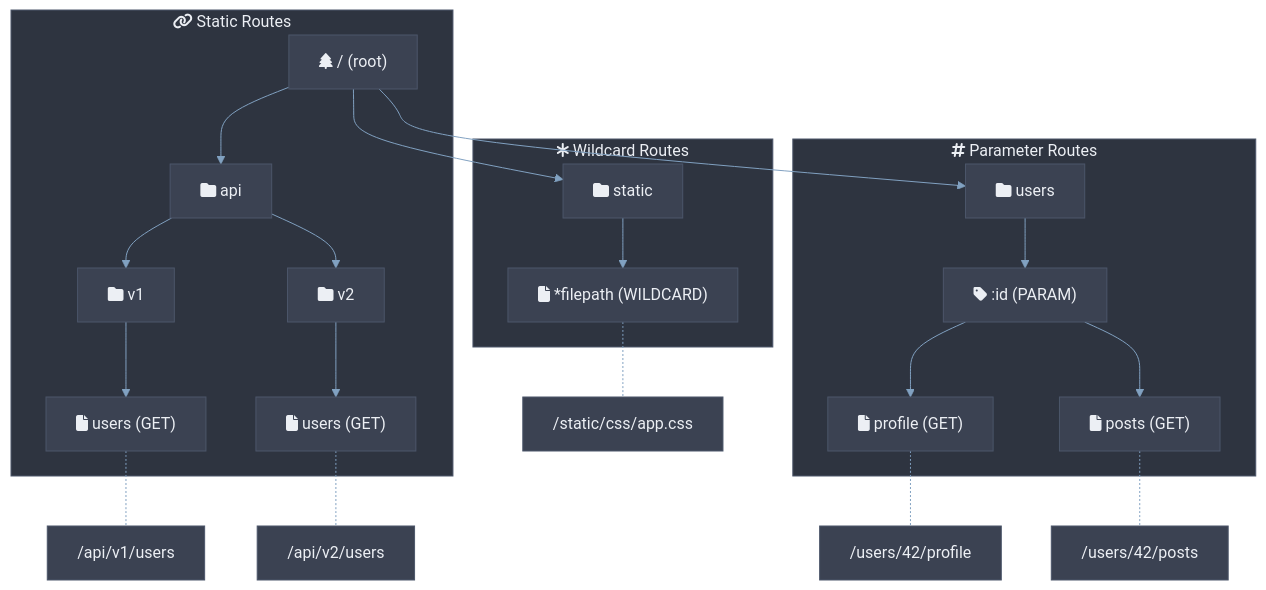
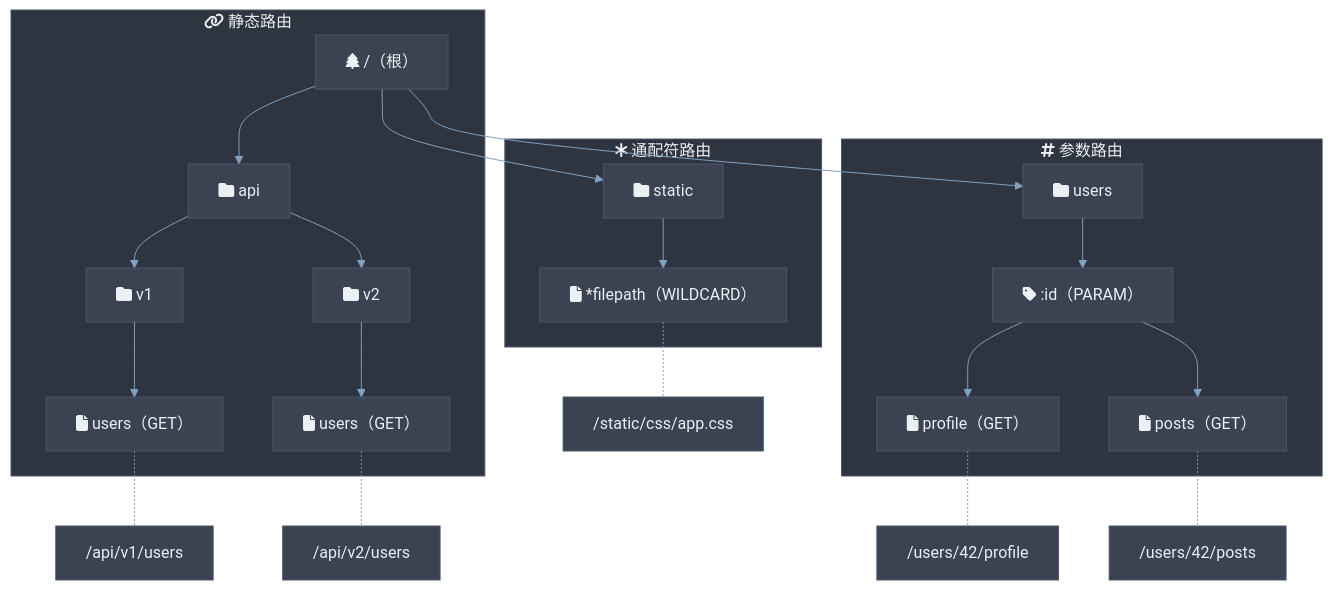
The fifth of 12 diagrams in docs/zh-CN/architecture.md (quintin-lee/csilk), drawn with Mermaid before and after one commit. The commit also changed other lines of this file and 1 other file, not shown here.

Commit message:
docs(zh-CN): 📝 refine Chinese translations for architecture and getting-started

````diff
--- a/docs/zh-CN/architecture.md
+++ b/docs/zh-CN/architecture.md
@@ -296,52 +306,52 @@
 ```mermaid
 %%{init: {
   'theme': 'base',
   'themeVariables': {
     'background': '#2E3440',
     'primaryColor': '#81A1C1',
     'primaryBorderColor': '#4C566A',
     'primaryTextColor': '#ECEFF4',
     'secondaryColor': '#3B4252',
     'secondaryBorderColor': '#434C5E',
     'secondaryTextColor': '#D8DEE9',
     'lineColor': '#81A1C1',
     'textColor': '#ECEFF4',
     'mainBkg': '#3B4252',
     'nodeBorder': '#4C566A',
     'clusterBkg': '#2E3440',
     'clusterBorder': '#4C566A',
     'titleColor': '#ECEFF4',
     'edgeLabelBackground': '#3B4252',
     'nodeTextColor': '#ECEFF4'
   },
   'flowchart': {'htmlLabels': true, 'curve': 'basis'}
 }}%%
 graph TB
-    ROOT["fa:fa-tree / (root)"]
+    ROOT["fa:fa-tree /（根）"]
 
-    subgraph static_routes["fa:fa-link Static Routes"]
+    subgraph static_routes["fa:fa-link 静态路由"]
         ROOT --> A["fa:fa-folder api"]
         A --> B["fa:fa-folder v1"]
-        B --> C["fa:fa-file users (GET)"]
+        B --> C["fa:fa-file users（GET）"]
         A --> D["fa:fa-folder v2"]
-        D --> E["fa:fa-file users (GET)"]
+        D --> E["fa:fa-file users（GET）"]
     end
 
-    subgraph param_routes["fa:fa-hashtag Parameter Routes"]
+    subgraph param_routes["fa:fa-hashtag 参数路由"]
         ROOT --> F["fa:fa-folder users"]
-        F --> G["fa:fa-tag :id (PARAM)"]
-        G --> H["fa:fa-file profile (GET)"]
-        G --> I["fa:fa-file posts (GET)"]
+        F --> G["fa:fa-tag :id（PARAM）"]
+        G --> H["fa:fa-file profile（GET）"]
+        G --> I["fa:fa-file posts（GET）"]
     end
 
-    subgraph wild_routes["fa:fa-asterisk Wildcard Routes"]
+    subgraph wild_routes["fa:fa-asterisk 通配符路由"]
         ROOT --> J["fa:fa-folder static"]
-        J --> K["fa:fa-file *filepath (WILDCARD)"]
+        J --> K["fa:fa-file *filepath（WILDCARD）"]
     end
 
     C -.- S1["/api/v1/users"]
     E -.- S2["/api/v2/users"]
     H -.- S3["/users/42/profile"]
     I -.- S4["/users/42/posts"]
     K -.- S5["/static/css/app.css"]
 ```
````
